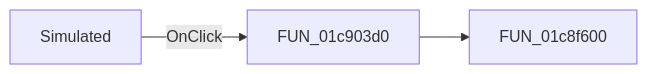
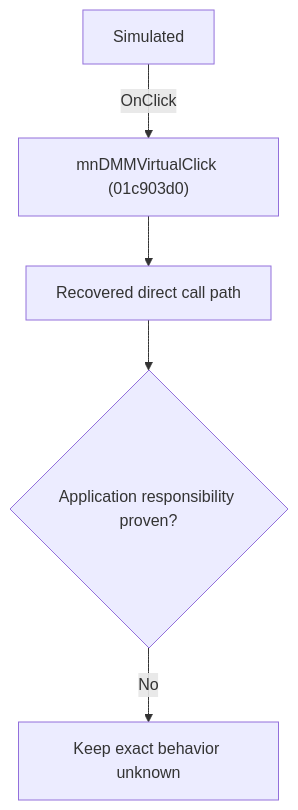
The diagram in docs/ui-controls/schematiceditor/mndmmvirtual-bc36655829.md (MovGP0/TIARA), drawn with Mermaid before and after one commit. The commit also changed other lines of this file and 1062 other files, not shown here.

````diff
--- a/docs/ui-controls/schematiceditor/mndmmvirtual-bc36655829.md
+++ b/docs/ui-controls/schematiceditor/mndmmvirtual-bc36655829.md
@@ -27,5 +27,7 @@
 ```mermaid
-flowchart LR
-    control["Simulated"] -->|OnClick| handler["FUN_01c903d0"]
-    handler --> call1["FUN_01c8f600"]
+flowchart TD
+    control["Simulated"] -->|"OnClick"| handler["mnDMMVirtualClick (01c903d0)"]
+    handler --> recovered["Recovered direct call path"]
+    recovered --> gap{"Application responsibility proven?"}
+    gap -->|"No"| blocked["Keep exact behavior unknown"]
 ```
````
